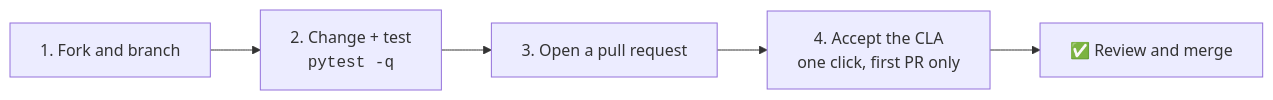
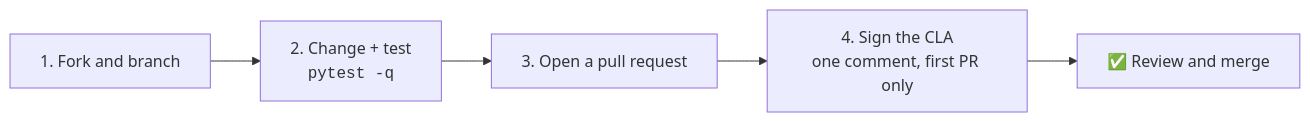
Before and after one commit to mastyf-ai/mastyf-authority: the diagram in CONTRIBUTING.md, drawn with Mermaid. The commit also changed 12 other files, not shown here.

Commit message:
Connectors cover real attack logs; weakening a security control always asks a second person; wide decision and architecture diagrams; in-repo CLA check; PyPI trusted publishing

````diff
--- a/CONTRIBUTING.md
+++ b/CONTRIBUTING.md
@@ -10,7 +10,7 @@
 ```mermaid
 flowchart LR
     A[1. Fork and branch] --> B[2. Change + test<br/><code>pytest -q</code>]
     B --> C[3. Open a pull request]
-    C --> D[4. Accept the CLA<br/>one click, first PR only]
+    C --> D[4. Sign the CLA<br/>one comment, first PR only]
     D --> E[✅ Review and merge]
 ```
````
